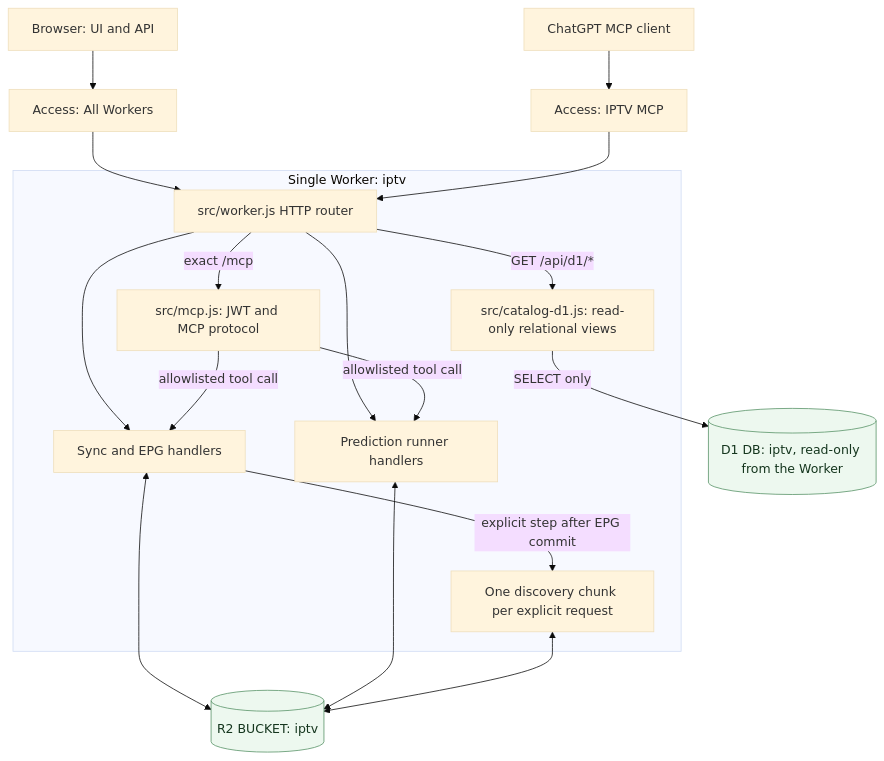
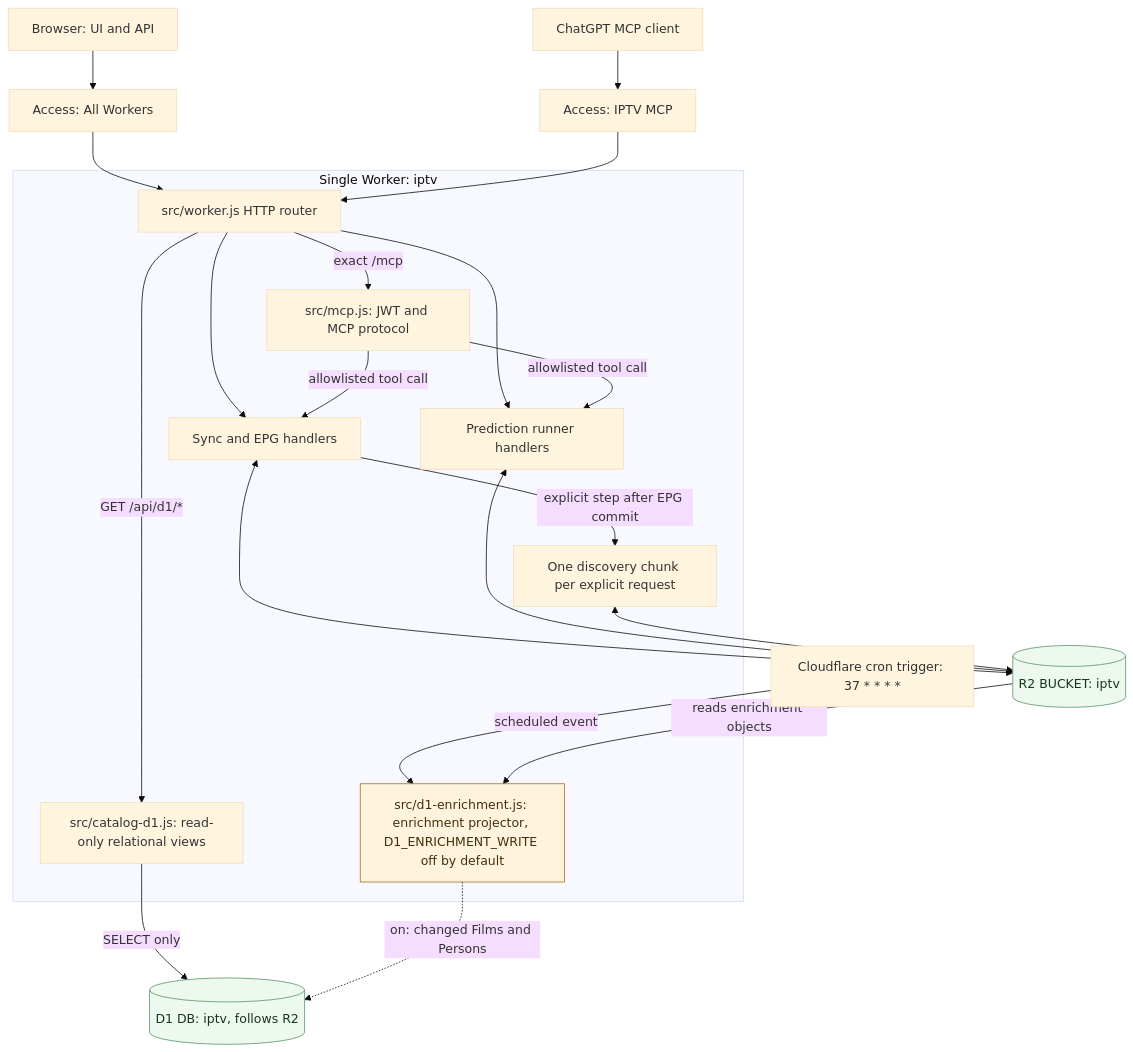
Before and after one commit to vladimino/iptv-watchlist: the diagram in docs/architecture/runtime-topology.md, drawn with Mermaid (base theme). The commit also changed other lines of this file and 43 other files, not shown here.

First line of the commit message:
AIR-275 phase 2: R2-authoritative enrichment projector (ADR 0056)

````diff
--- a/docs/architecture/runtime-topology.md
+++ b/docs/architecture/runtime-topology.md
@@ -5,32 +5,39 @@
 ```mermaid
 flowchart TB
     web["Browser: UI and API"]
     mcpClient["ChatGPT MCP client"]
     webAccess["Access: All Workers"]
     mcpAccess["Access: IPTV MCP"]
+    cron["Cloudflare cron trigger: 37 * * * *"]
     subgraph worker["Single Worker: iptv"]
         route["src/worker.js HTTP router"]
         mcp["src/mcp.js: JWT and MCP protocol"]
         sync["Sync and EPG handlers"]
         prediction["Prediction runner handlers"]
         discovery["One discovery chunk per explicit request"]
         catalogD1["src/catalog-d1.js: read-only relational views"]
+        projector["src/d1-enrichment.js: enrichment projector, D1_ENRICHMENT_WRITE off by default"]
         route --> sync
         route -->|GET /api/d1/*| catalogD1
         route --> prediction
         route -->|exact /mcp| mcp
         mcp -->|allowlisted tool call| sync
         mcp -->|allowlisted tool call| prediction
         sync -->|explicit step after EPG commit| discovery
     end
     store[("R2 BUCKET: iptv")]
-    d1[("D1 DB: iptv, read-only from the Worker")]
+    d1[("D1 DB: iptv, follows R2")]
     web --> webAccess --> route
     mcpClient --> mcpAccess --> route
     sync <--> store
     prediction <--> store
     discovery <--> store
     catalogD1 -->|SELECT only| d1
+    cron -->|scheduled event| projector
+    store -->|reads enrichment objects| projector
+    projector -.->|on: changed Films and Persons| d1
     classDef current fill:#edf8ef,stroke:#579266,color:#15361e
+    classDef gated fill:#fff3de,stroke:#a56c2b,color:#42300e
     class store,d1 current
+    class projector gated
 ```
````
